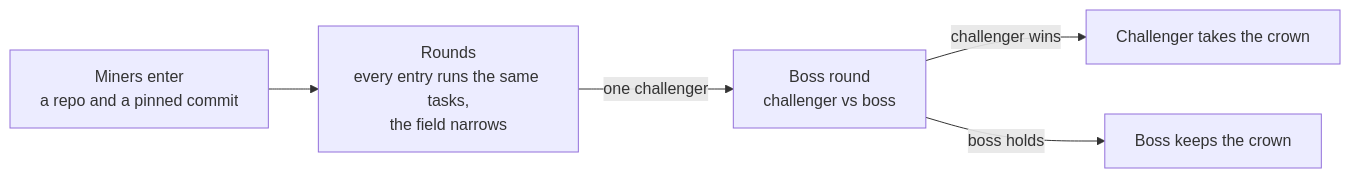
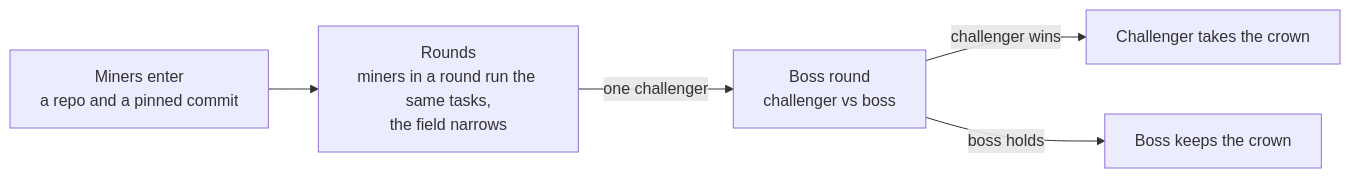
The diagram in README.md (gradients-ai/G.O.D), drawn with Mermaid before and after one commit. The commit also changed other lines of this file and 7 other files, not shown here.

````diff
--- a/README.md
+++ b/README.md
@@ -19,7 +19,7 @@
 ```mermaid
 flowchart LR
-    enter["Miners enter<br/>a repo and a pinned commit"] --> rounds["Rounds<br/>every entry runs the same tasks,<br/>the field narrows"]
+    enter["Miners enter<br/>a repo and a pinned commit"] --> rounds["Rounds<br/>miners in a round run the same tasks,<br/>the field narrows"]
     rounds -->|"one challenger"| boss["Boss round<br/>challenger vs boss"]
     boss -->|"challenger wins"| crown["Challenger takes the crown"]
     boss -->|"boss holds"| keeps["Boss keeps the crown"]
 ```
````
